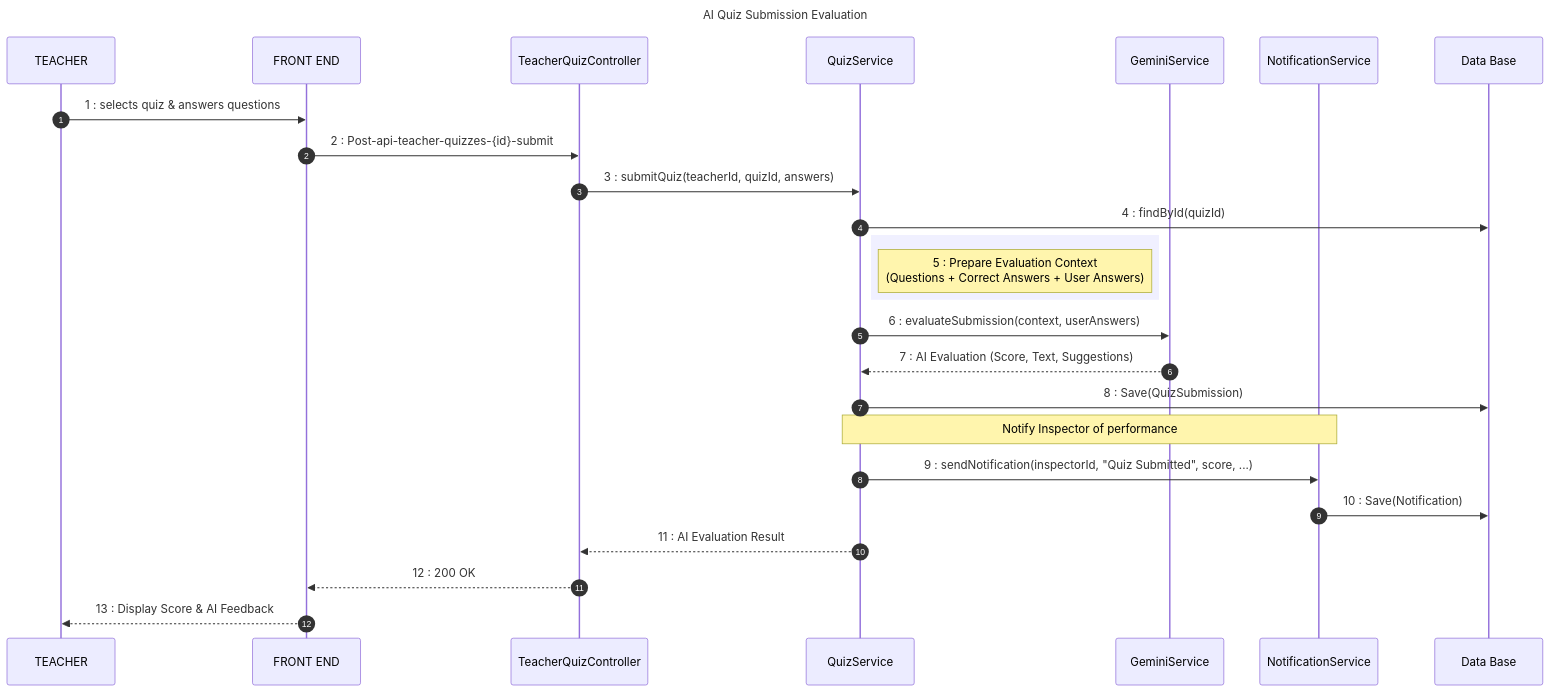
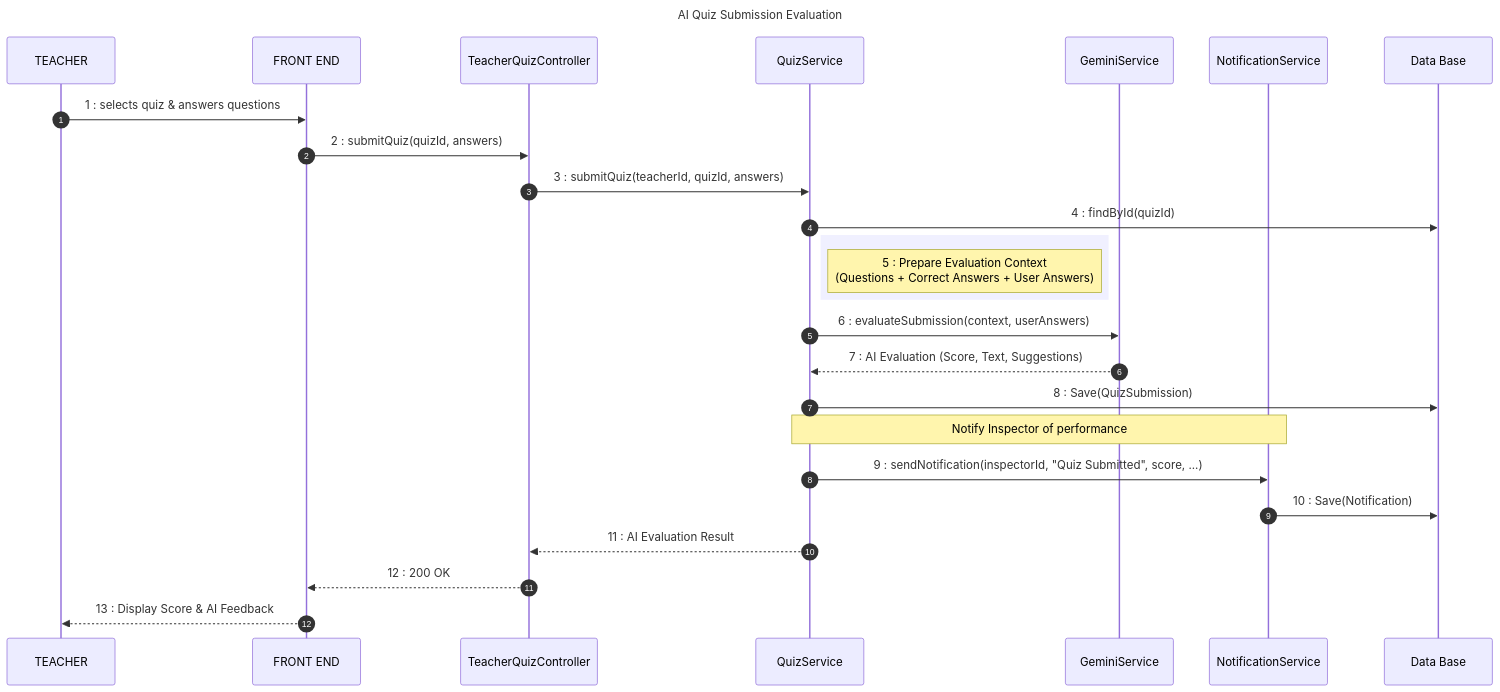
One commit to chbichibsofiene/inspector changed the second of 2 diagrams in uml_diagrams/quiz_management_sequence.md. Above: the diagram before and after it, drawn with Mermaid. The commit also changed other lines of this file and 41 other files, not shown here.

Commit message:
feat: Sprint 4 - Communication & Analytics | updated UML diagrams, class diagrams (StarUML), Messenger service fixes, Docker configs, and documentation

````diff
--- a/uml_diagrams/quiz_management_sequence.md
+++ b/uml_diagrams/quiz_management_sequence.md
@@ -45,34 +45,34 @@
 ```mermaid
 sequenceDiagram
     title: AI Quiz Submission Evaluation
     autonumber
     participant USER as TEACHER
     participant FE as FRONT END
     participant TQC as TeacherQuizController
     participant QS as QuizService
     participant GS as GeminiService
     participant NS as NotificationService
     participant DB as Data Base
 
     USER->>FE: 1 : selects quiz & answers questions
-    FE->>TQC: 2 : Post-api-teacher-quizzes-{id}-submit
+    FE->>TQC: 2 : submitQuiz(quizId, answers)
     TQC->>QS: 3 : submitQuiz(teacherId, quizId, answers)
     QS->>DB: 4 : findById(quizId)
     
     rect rgb(240, 240, 255)
         Note right of QS: 5 : Prepare Evaluation Context<br/>(Questions + Correct Answers + User Answers)
     end
 
     QS->>GS: 6 : evaluateSubmission(context, userAnswers)
     GS-->>QS: 7 : AI Evaluation (Score, Text, Suggestions)
     
     QS->>DB: 8 : Save(QuizSubmission)
     
     Note over QS, NS: Notify Inspector of performance
     QS->>NS: 9 : sendNotification(inspectorId, "Quiz Submitted", score, ...)
     NS->>DB: 10 : Save(Notification)
 
     QS-->>TQC: 11 : AI Evaluation Result
     TQC-->>FE: 12 : 200 OK
     FE-->>USER: 13 : Display Score & AI Feedback
 ```
````
